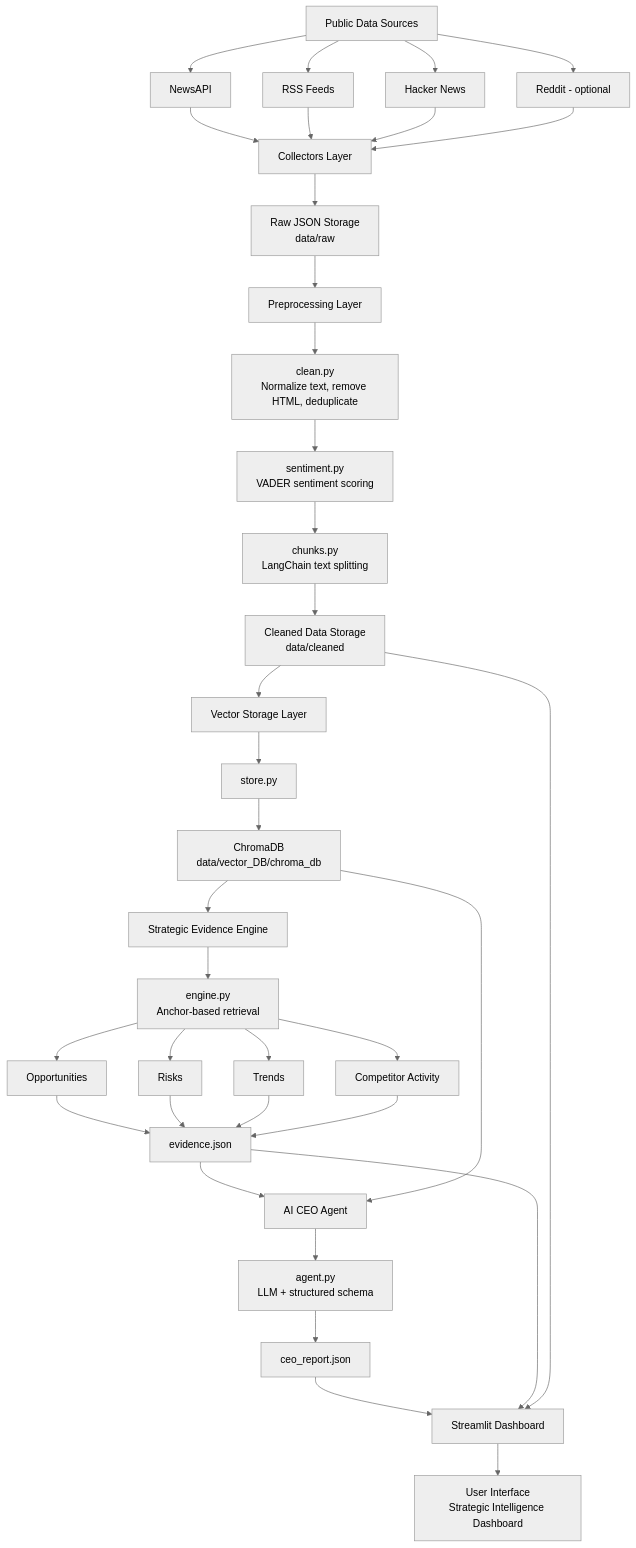
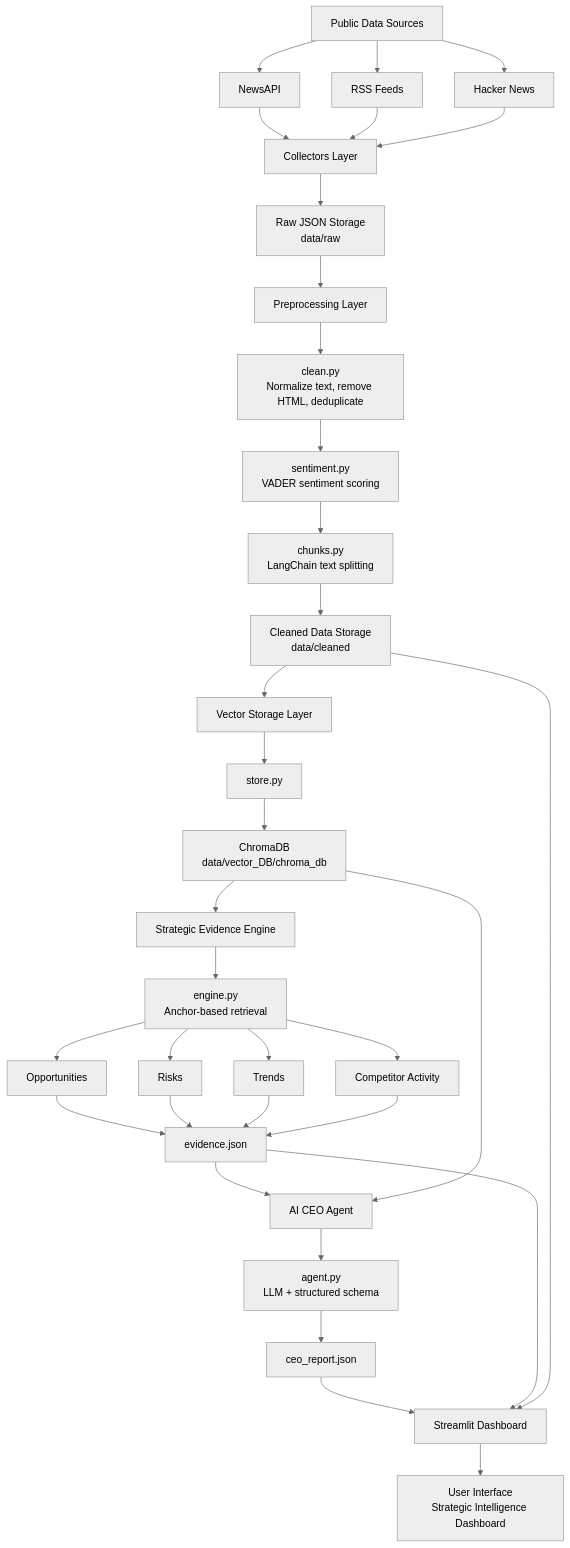
Before and after one commit to yuvrajghag5/AI-CEO: the diagram in README.md, drawn with Mermaid (neutral theme). The commit also changed other lines of this file and 1 other file, not shown here.

````diff
--- a/README.md
+++ b/README.md
@@ -120,45 +120,45 @@
 ```mermaid
 flowchart TD
     A[Public Data Sources] --> A1[NewsAPI]
     A --> A2[RSS Feeds]
     A --> A3[Hacker News]
-    A --> A4[Reddit - optional]
+    
 
     A1 --> B[Collectors Layer]
     A2 --> B
     A3 --> B
-    A4 --> B
+    
 
     B --> C[Raw JSON Storage\ndata/raw]
 
     C --> D[Preprocessing Layer]
     D --> D1[clean.py\nNormalize text, remove HTML, deduplicate]
     D1 --> D2[sentiment.py\nVADER sentiment scoring]
     D2 --> D3[chunks.py\nLangChain text splitting]
 
     D3 --> E[Cleaned Data Storage\ndata/cleaned]
     E --> F[Vector Storage Layer]
     F --> F1[store.py]
     F1 --> F2[ChromaDB\ndata/vector_DB/chroma_db]
 
     F2 --> G[Strategic Evidence Engine]
     G --> G1[engine.py\nAnchor-based retrieval]
     G1 --> G2[Opportunities]
     G1 --> G3[Risks]
     G1 --> G4[Trends]
     G1 --> G5[Competitor Activity]
     G2 --> H[evidence.json]
     G3 --> H
     G4 --> H
     G5 --> H
 
     H --> I[AI CEO Agent]
     F2 --> I
     I --> I1[agent.py\nLLM + structured schema]
     I1 --> J[ceo_report.json]
 
     J --> K[Streamlit Dashboard]
     H --> K
     E --> K
     K --> L[User Interface\nStrategic Intelligence Dashboard]
 ```
````
